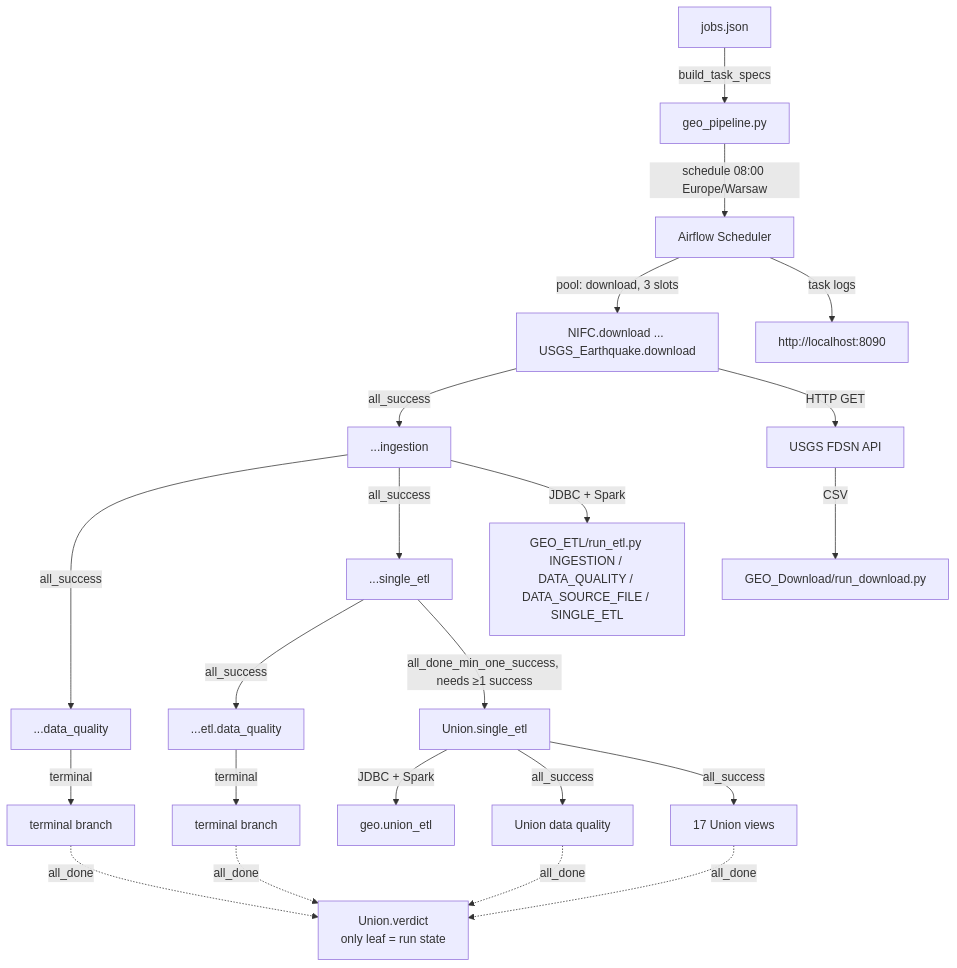
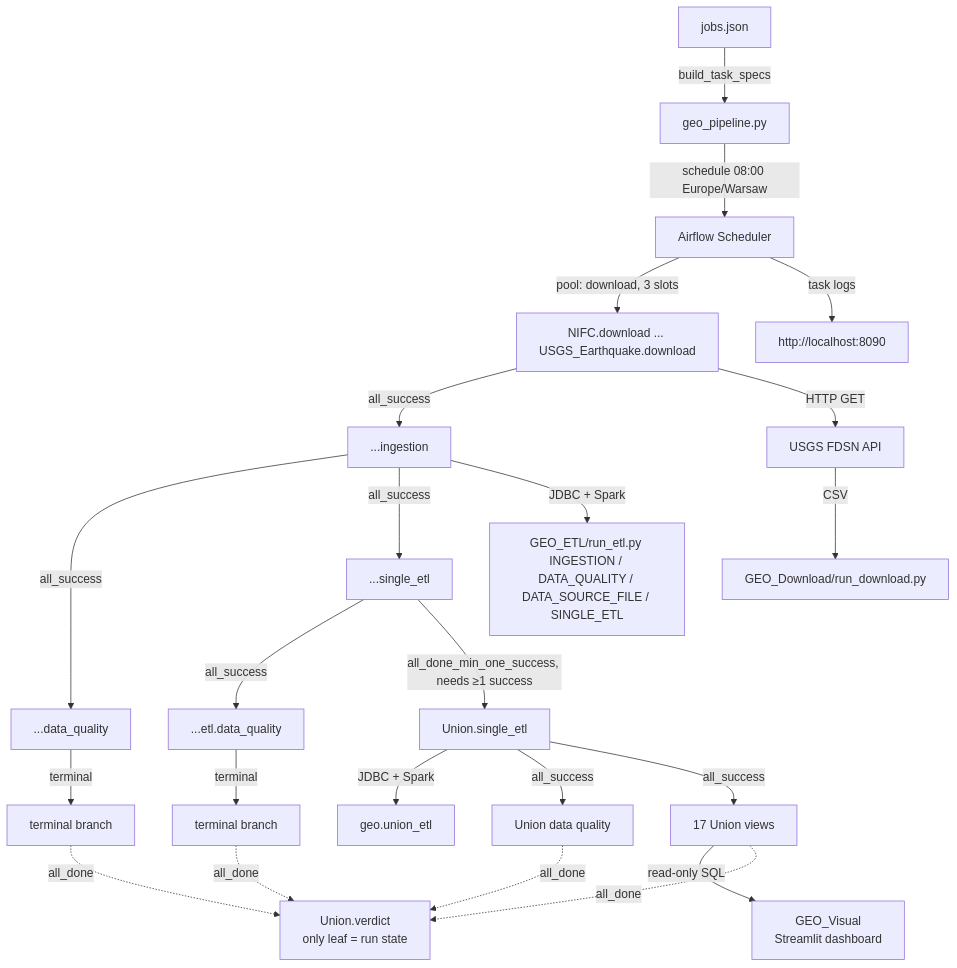
One commit to kaluzny1995/GEO_E2E changed the diagram in README.md. Above: the diagram before and after it, drawn with Mermaid. The commit also changed other lines of this file and 14 other files, not shown here.

````diff
--- a/README.md
+++ b/README.md
@@ -41,24 +42,25 @@
 ```mermaid
 flowchart TD
     A[jobs.json] -->|build_task_specs| B[geo_pipeline.py]
     B -->|schedule 08:00 Europe/Warsaw| C[Airflow Scheduler]
     C -->|pool: download, 3 slots| D[NIFC.download ... USGS_Earthquake.download]
     D -->|all_success| E[...ingestion]
     E -->|all_success| F[...data_quality]
     E -->|all_success| G[...single_etl]
     G -->|all_success| H[...etl.data_quality]
     F -->|terminal| F2[terminal branch]
     G -->|all_done_min_one_success, needs ≥1 success| U[Union.single_etl]
     H -->|terminal| H2[terminal branch]
     D -->|HTTP GET| I[USGS FDSN API]
     I -->|CSV| J[GEO_Download/run_download.py]
     E -->|JDBC + Spark| K[GEO_ETL/run_etl.py INGESTION / DATA_QUALITY / DATA_SOURCE_FILE / SINGLE_ETL]
     U -->|JDBC + Spark| L[geo.union_etl]
     U -->|all_success| UQ[Union data quality]
     U -->|all_success| UV[17 Union views]
+    UV -->|read-only SQL| W[GEO_Visual<br/>Streamlit dashboard]
     UQ -.->|all_done| V[Union.verdict<br/>only leaf = run state]
     UV -.->|all_done| V
     F2 -.->|all_done| V
     H2 -.->|all_done| V
     C -->|task logs| M[http://localhost:8090]
 ```
````
